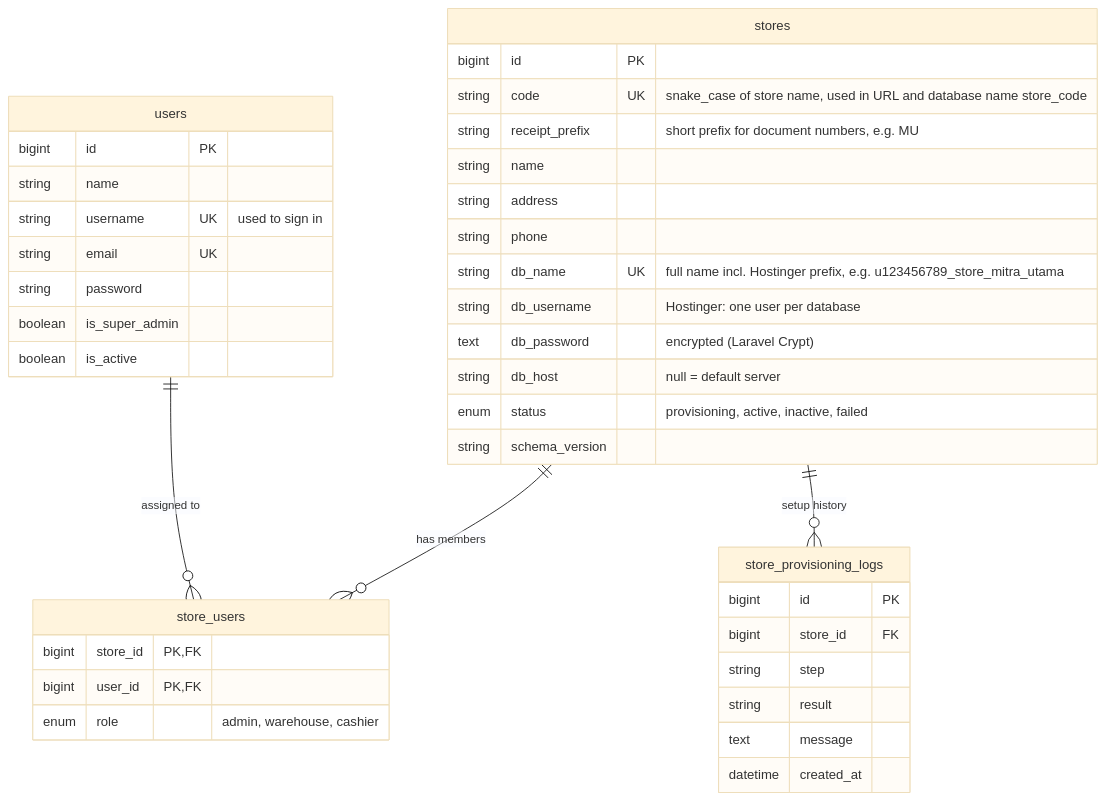
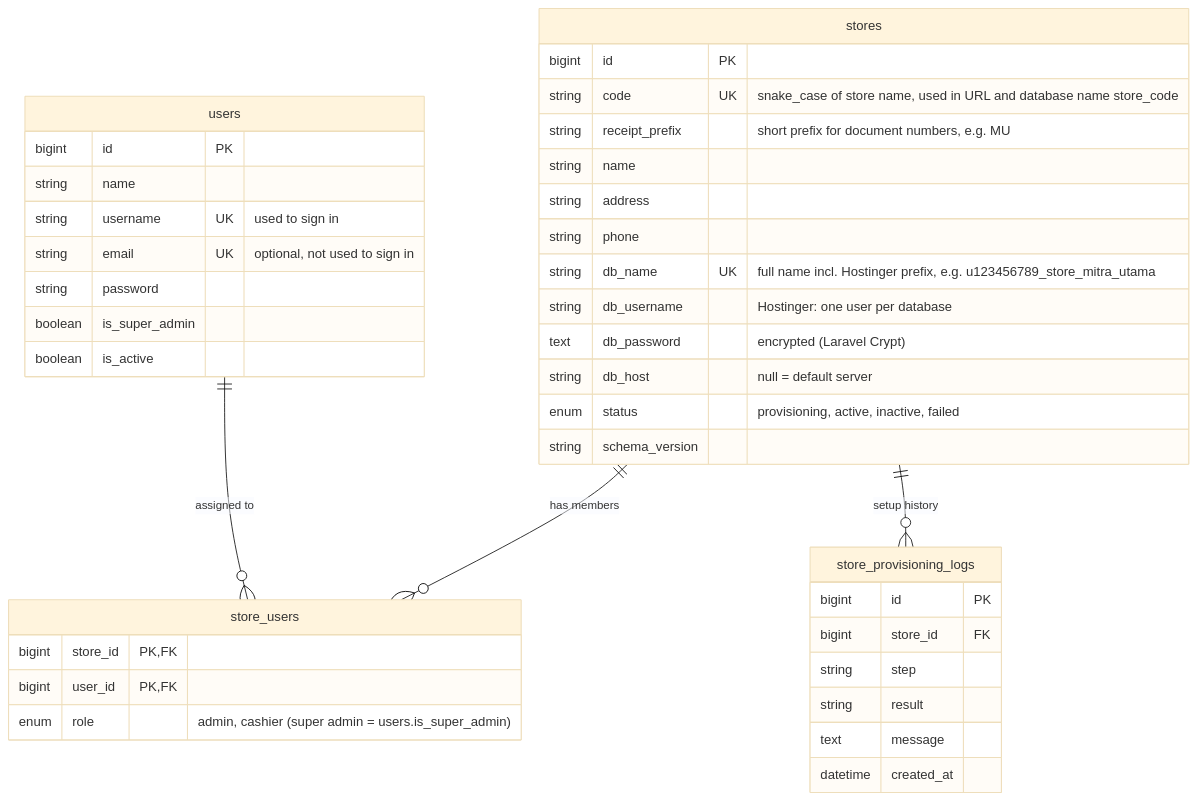
Diagram 19 of 30 in docs/analisis-sistem.md (aliefpraditya/store-management), drawn with Mermaid (base theme) before and after one commit. The commit also changed other lines of this file and 22 other files, not shown here.

````diff
--- a/docs/analisis-sistem.md
+++ b/docs/analisis-sistem.md
@@ -916,43 +916,43 @@
 ```mermaid
 erDiagram
     users ||--o{ store_users : "assigned to"
     stores ||--o{ store_users : "has members"
     stores ||--o{ store_provisioning_logs : "setup history"
 
     users {
         bigint id PK
         string name
         string username UK "used to sign in"
-        string email UK
+        string email UK "optional, not used to sign in"
         string password
         boolean is_super_admin
         boolean is_active
     }
     stores {
         bigint id PK
         string code UK "snake_case of store name, used in URL and database name store_code"
         string receipt_prefix "short prefix for document numbers, e.g. MU"
         string name
         string address
         string phone
         string db_name UK "full name incl. Hostinger prefix, e.g. u123456789_store_mitra_utama"
         string db_username "Hostinger: one user per database"
         text db_password "encrypted (Laravel Crypt)"
         string db_host "null = default server"
         enum status "provisioning, active, inactive, failed"
         string schema_version
     }
     store_users {
         bigint store_id PK, FK
         bigint user_id PK, FK
-        enum role "admin, warehouse, cashier"
+        enum role "admin, cashier (super admin = users.is_super_admin)"
     }
     store_provisioning_logs {
         bigint id PK
         bigint store_id FK
         string step
         string result
         text message
         datetime created_at
     }
 ```
````
